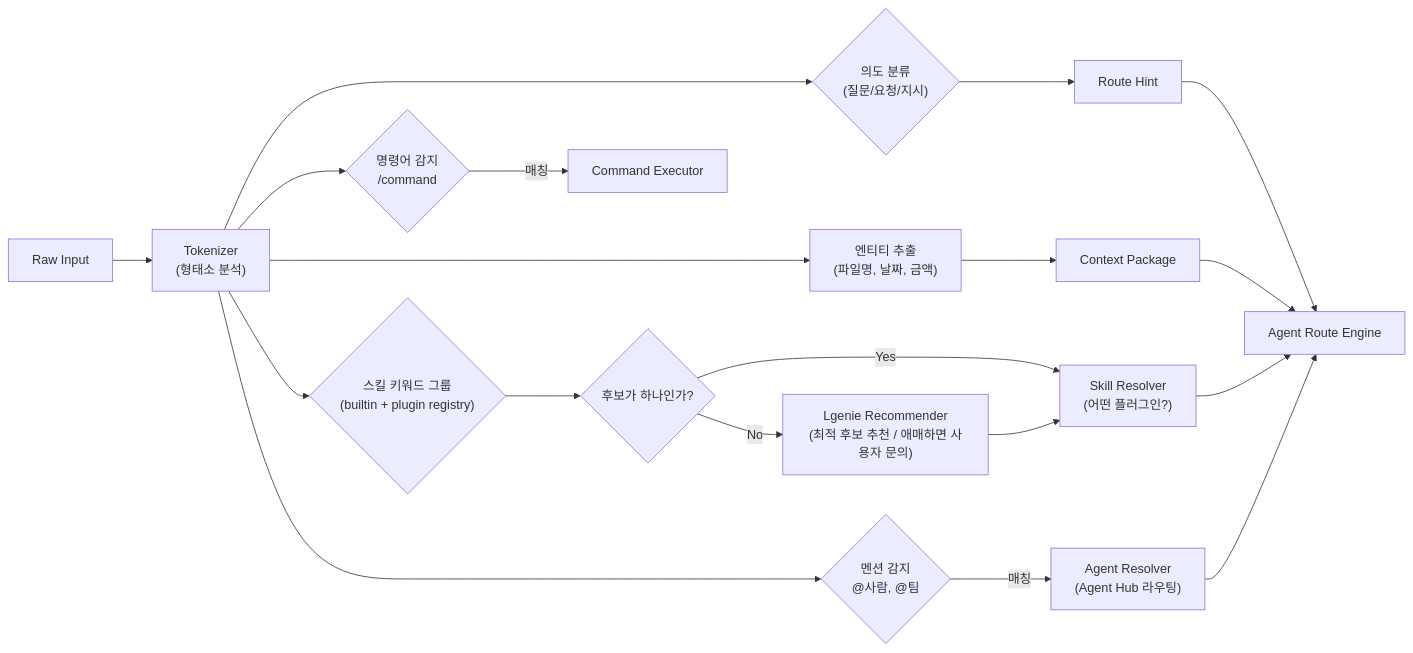
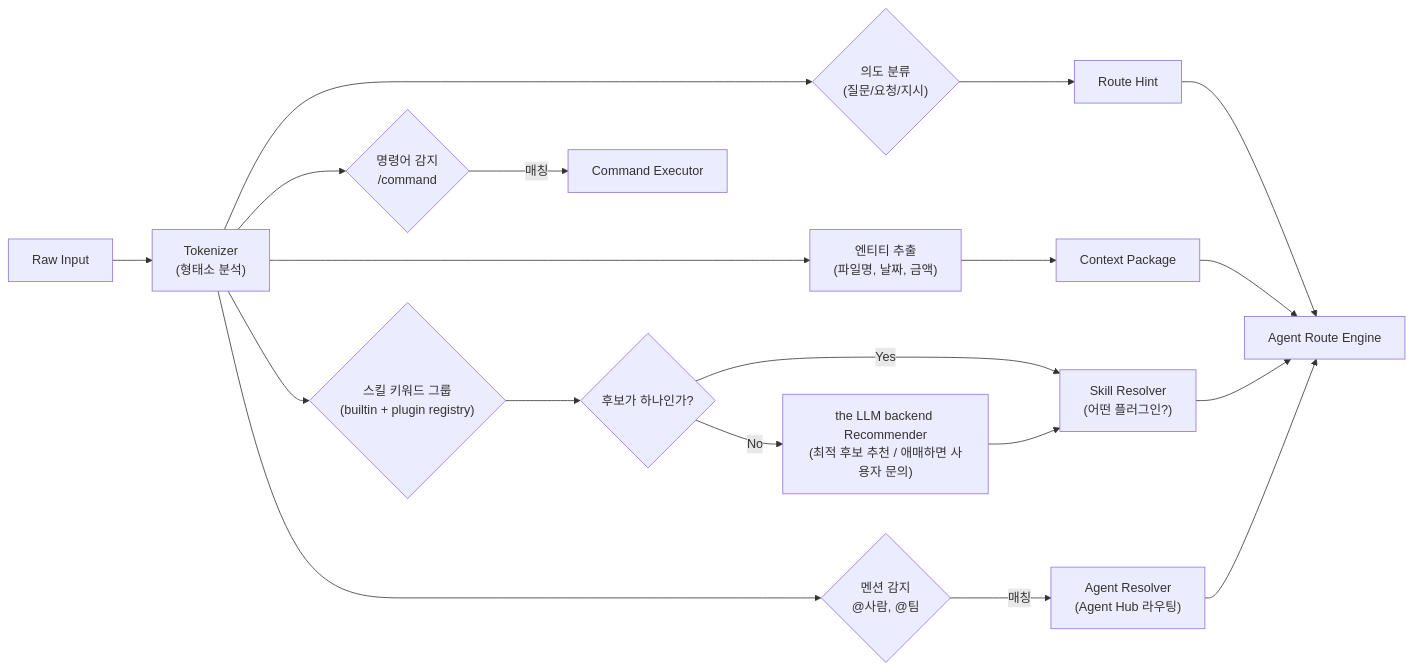
One commit to lvis-project/lvis-app changed diagram 17 of 44 in docs/architecture/architecture.md. Above: the diagram before and after it, drawn with Mermaid. The commit also changed other lines of this file and 85 other files, not shown here.

````diff
--- a/docs/architecture/architecture.md
+++ b/docs/architecture/architecture.md
@@ -1353,24 +1353,24 @@
 ```mermaid
 flowchart LR
     INPUT["Raw Input"] --> TOKENIZER["Tokenizer<br/>(형태소 분석)"]
 
     TOKENIZER --> CMD_DETECT{"명령어 감지<br/>/command"}
     TOKENIZER --> SKILL_DETECT{"스킬 키워드 그룹<br/>(builtin + plugin registry)"}
     TOKENIZER --> MENTION_DETECT{"멘션 감지<br/>@사람, @팀"}
     TOKENIZER --> INTENT_DETECT{"의도 분류<br/>(질문/요청/지시)"}
     TOKENIZER --> ENTITY_EXTRACT["엔티티 추출<br/>(파일명, 날짜, 금액)"]
     SKILL_DETECT --> AMBIG{"후보가 하나인가?"}
-    AMBIG -->|"No"| LLM_RECO["Lgenie Recommender<br/>(최적 후보 추천 / 애매하면 사용자 문의)"]
+    AMBIG -->|"No"| LLM_RECO["the LLM backend Recommender<br/>(최적 후보 추천 / 애매하면 사용자 문의)"]
     AMBIG -->|"Yes"| SKILL_RESOLVE["Skill Resolver<br/>(어떤 플러그인?)"]
 
     CMD_DETECT -->|"매칭"| CMD_EXEC["Command Executor"]
     MENTION_DETECT -->|"매칭"| AGENT_RESOLVE["Agent Resolver<br/>(Agent Hub 라우팅)"]
     INTENT_DETECT --> ROUTE_HINT["Route Hint"]
     ENTITY_EXTRACT --> CTX["Context Package"]
     LLM_RECO --> SKILL_RESOLVE
 
     ROUTE_HINT --> ROUTE_ENGINE["Agent Route Engine"]
     CTX --> ROUTE_ENGINE
     SKILL_RESOLVE --> ROUTE_ENGINE
     AGENT_RESOLVE --> ROUTE_ENGINE
 ```
````
